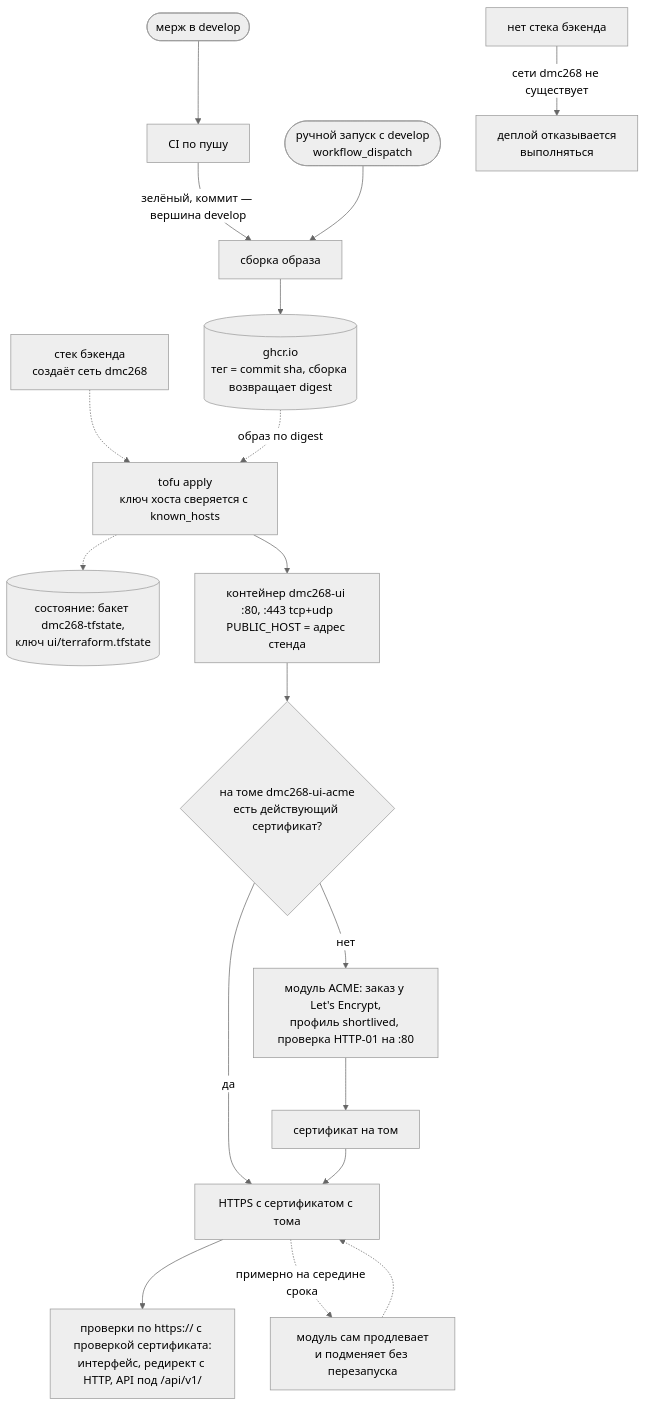
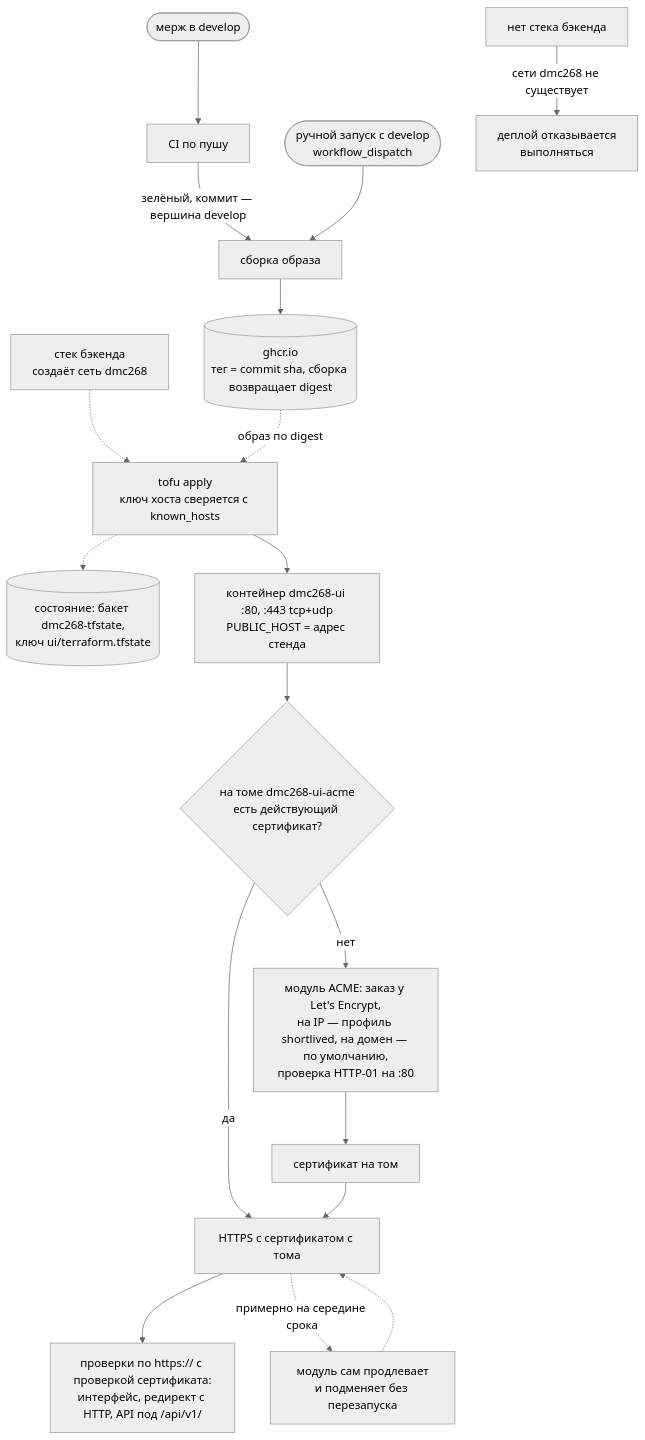
The first of 3 diagrams in infra/README.md (larchanka-training/dmc-268-ui-t1), drawn with Mermaid (neutral theme) before and after one commit. The commit also changed other lines of this file and 15 other files, not shown here.

First line of the commit message:
feat: переход стенда на домен переменными PUBLIC_HOST и ACME_DIRECTORY (#154)

````diff
--- a/infra/README.md
+++ b/infra/README.md
@@ -24,19 +24,19 @@
 ```mermaid
 flowchart TD
     be["стек бэкенда<br/>создаёт сеть dmc268"] -.-> apply
     merge([мерж в develop]) --> ci["CI по пушу"]
     ci -- "зелёный, коммит — вершина develop" --> img["сборка образа"]
     manual(["ручной запуск с develop<br/>workflow_dispatch"]) --> img
     img --> ghcr[("ghcr.io<br/>тег = commit sha, сборка возвращает digest")]
     ghcr -. "образ по digest" .-> apply["tofu apply<br/>ключ хоста сверяется с known_hosts"]
     apply -.-> state[("состояние: бакет dmc268-tfstate,<br/>ключ ui/terraform.tfstate")]
     apply --> ui["контейнер dmc268-ui :80, :443 tcp+udp<br/>PUBLIC_HOST = адрес стенда"]
     ui --> vol{"на томе dmc268-ui-acme<br/>есть действующий сертификат?"}
     vol -- "да" --> serve["HTTPS с сертификатом с тома"]
-    vol -- "нет" --> le["модуль ACME: заказ у Let's Encrypt,<br/>профиль shortlived, проверка HTTP-01 на :80"]
+    vol -- "нет" --> le["модуль ACME: заказ у Let's Encrypt,<br/>на IP — профиль shortlived, на домен — по умолчанию,<br/>проверка HTTP-01 на :80"]
     le --> save["сертификат на том"] --> serve
     serve --> check["проверки по https:// с проверкой сертификата:<br/>интерфейс, редирект с HTTP, API под /api/v1/"]
     serve -. "примерно на середине срока" .-> renew["модуль сам продлевает<br/>и подменяет без перезапуска"]
     renew -.-> serve
     nobe["нет стека бэкенда"] -- "сети dmc268 не существует" --> fail["деплой отказывается<br/>выполняться"]
 ```
````
